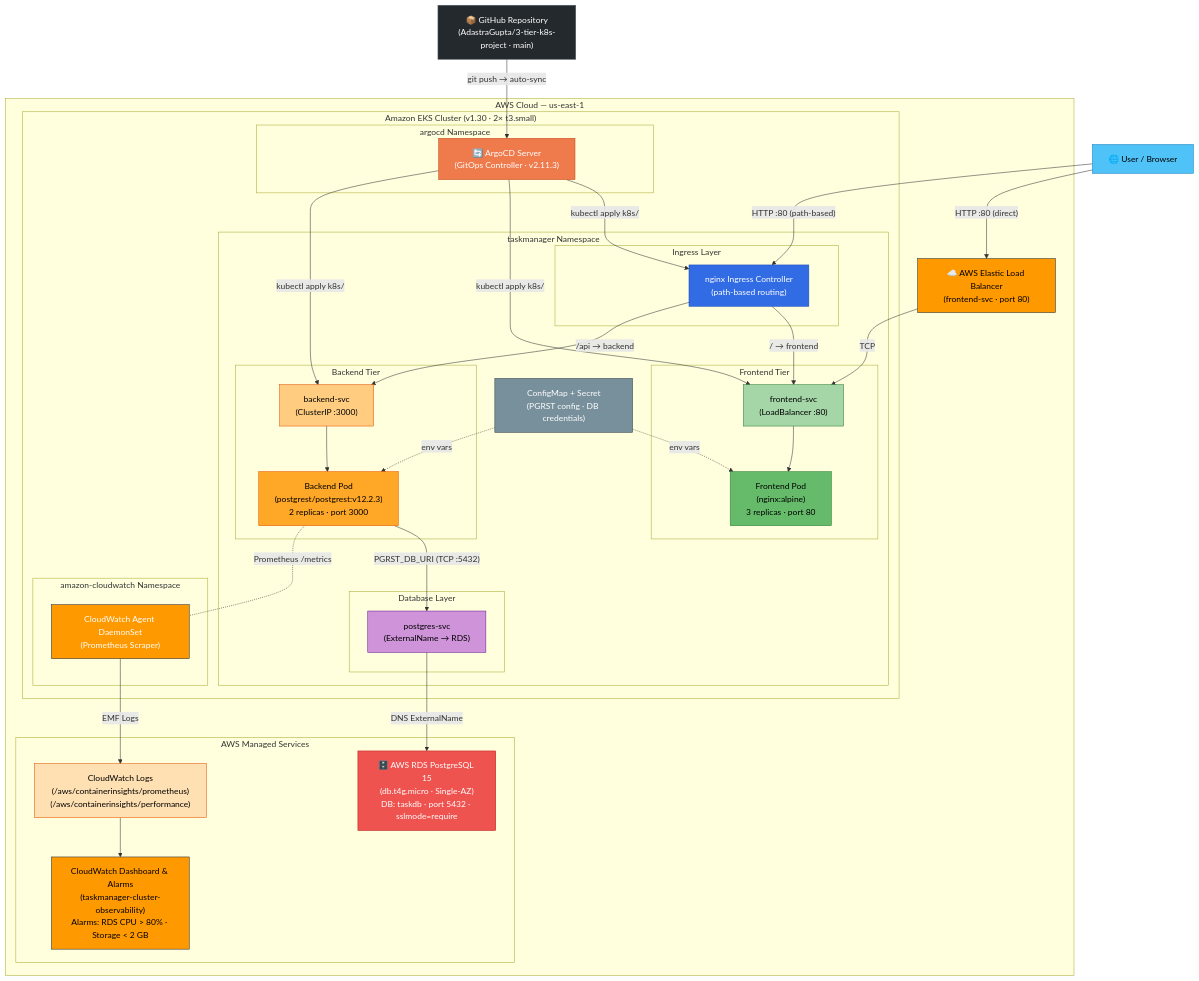
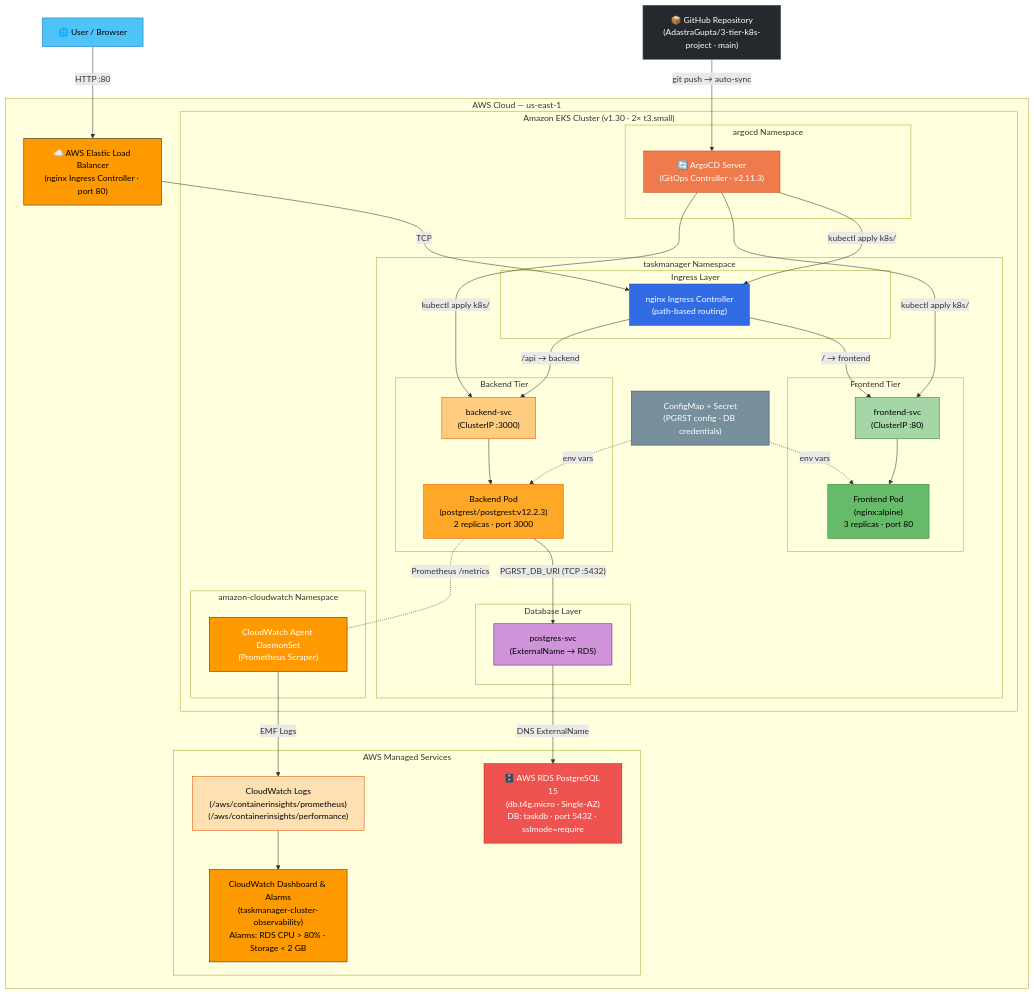
Before and after one commit to AdastraGupta/3-tier-k8s-project: the diagram in README.md, drawn with Mermaid. The commit also changed other lines of this file and 1 other file, not shown here.

Commit message:
fix: Change frontend-svc to ClusterIP, nginx Ingress as single public ELB entry point

```diff
--- a/README.md
+++ b/README.md
@@ -10,7 +10,7 @@
     GitHub["📦 GitHub Repository\n(AdastraGupta/3-tier-k8s-project · main)"]
 
     subgraph "AWS Cloud — us-east-1"
-        ELB["☁️ AWS Elastic Load Balancer\n(frontend-svc · port 80)"]
+        ING_ELB["☁️ AWS Elastic Load Balancer\n(nginx Ingress Controller · port 80)"]
 
         subgraph "Amazon EKS Cluster (v1.30 · 2× t3.small)"
             subgraph "argocd Namespace"
@@ -24,7 +24,7 @@
 
                 subgraph "Frontend Tier"
                     FD["Frontend Pod\n(nginx:alpine)\n3 replicas · port 80"]
-                    FS["frontend-svc\n(LoadBalancer :80)"]
+                    FS["frontend-svc\n(ClusterIP :80)"]
                 end
 
                 subgraph "Backend Tier"
@@ -57,15 +57,12 @@
     ArgoCD -->|"kubectl apply k8s/"| FS
     ArgoCD -->|"kubectl apply k8s/"| BS
 
-    %% User traffic path — TWO parallel entry points:
-    %% 1. frontend-svc LoadBalancer → direct to frontend pods
-    %% 2. nginx Ingress Controller → path-based routing to frontend/backend
-    User -->|"HTTP :80 (direct)"| ELB
-    ELB -->|TCP| FS
-    FS --> FD
-    User -->|"HTTP :80 (path-based)"| ING
+    %% User traffic — single entry point via nginx Ingress Controller ELB
+    User -->|"HTTP :80"| ING_ELB
+    ING_ELB -->|TCP| ING
     ING -->|"/ → frontend"| FS
     ING -->|"/api → backend"| BS
+    FS --> FD
     BS --> BD
 
     %% Backend → DB
@@ -84,7 +81,7 @@
     %% Styles
     style User fill:#4FC3F7,stroke:#0277BD,color:#000
     style GitHub fill:#24292E,stroke:#586069,color:#fff
-    style ELB fill:#FF9900,stroke:#232F3E,color:#000
+    style ING_ELB fill:#FF9900,stroke:#232F3E,color:#000
     style ArgoCD fill:#EF7B4D,stroke:#C04A1A,color:#fff
     style ING fill:#326CE5,stroke:#1A4DB5,color:#fff
     style FD fill:#66BB6A,stroke:#2E7D32,color:#000
```
